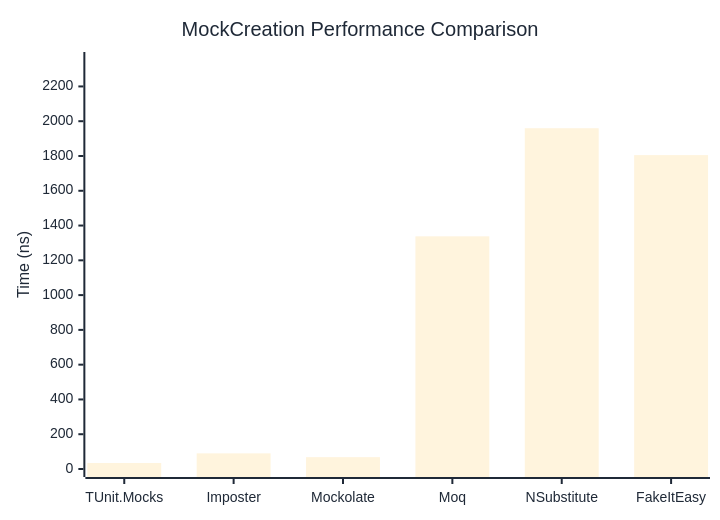
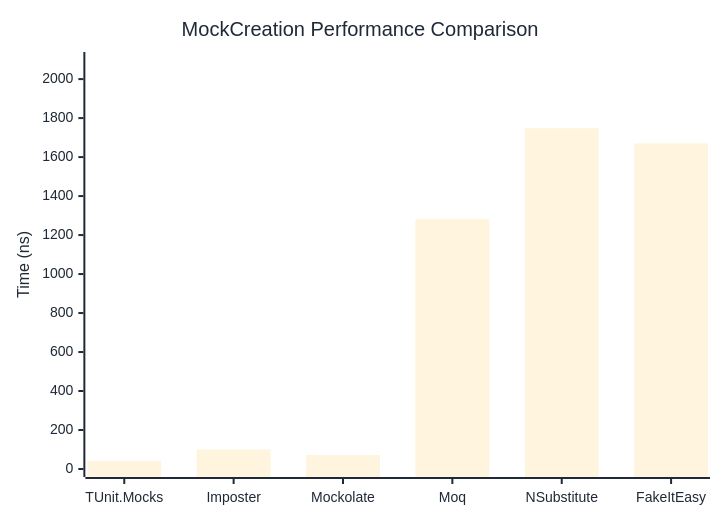
The first of 2 diagrams in docs/docs/benchmarks/mocks/MockCreation.md (thomhurst/TUnit), drawn with Mermaid before and after one commit. The commit also changed other lines of this file and 14 other files, not shown here.

````diff
--- a/docs/docs/benchmarks/mocks/MockCreation.md
+++ b/docs/docs/benchmarks/mocks/MockCreation.md
@@ -28,27 +28,27 @@
 ```mermaid
 %%{init: {
   'theme':'base',
   'themeVariables': {
     'primaryColor': '#2563eb',
     'primaryTextColor': '#1f2937',
     'primaryBorderColor': '#1e40af',
     'lineColor': '#6b7280',
     'secondaryColor': '#7c3aed',
     'tertiaryColor': '#dc2626',
     'background': '#ffffff',
     'pie1': '#2563eb',
     'pie2': '#7c3aed',
     'pie3': '#dc2626',
     'pie4': '#f59e0b',
     'pie5': '#10b981',
     'pie6': '#06b6d4',
     'pie7': '#ec4899',
     'pie8': '#6366f1'
   }
 }}%%
 xychart-beta
   title "MockCreation Performance Comparison"
   x-axis ["TUnit.Mocks", "Imposter", "Mockolate", "Moq", "NSubstitute", "FakeItEasy"]
-  y-axis "Time (ns)" 0 --> 2352
-  bar [34.4, 89.96, 68.13, 1337.96, 1959.69, 1805.04]
+  y-axis "Time (ns)" 0 --> 2098
+  bar [41.85, 99.96, 72.01, 1283.03, 1747.74, 1670.04]
 ```
````
